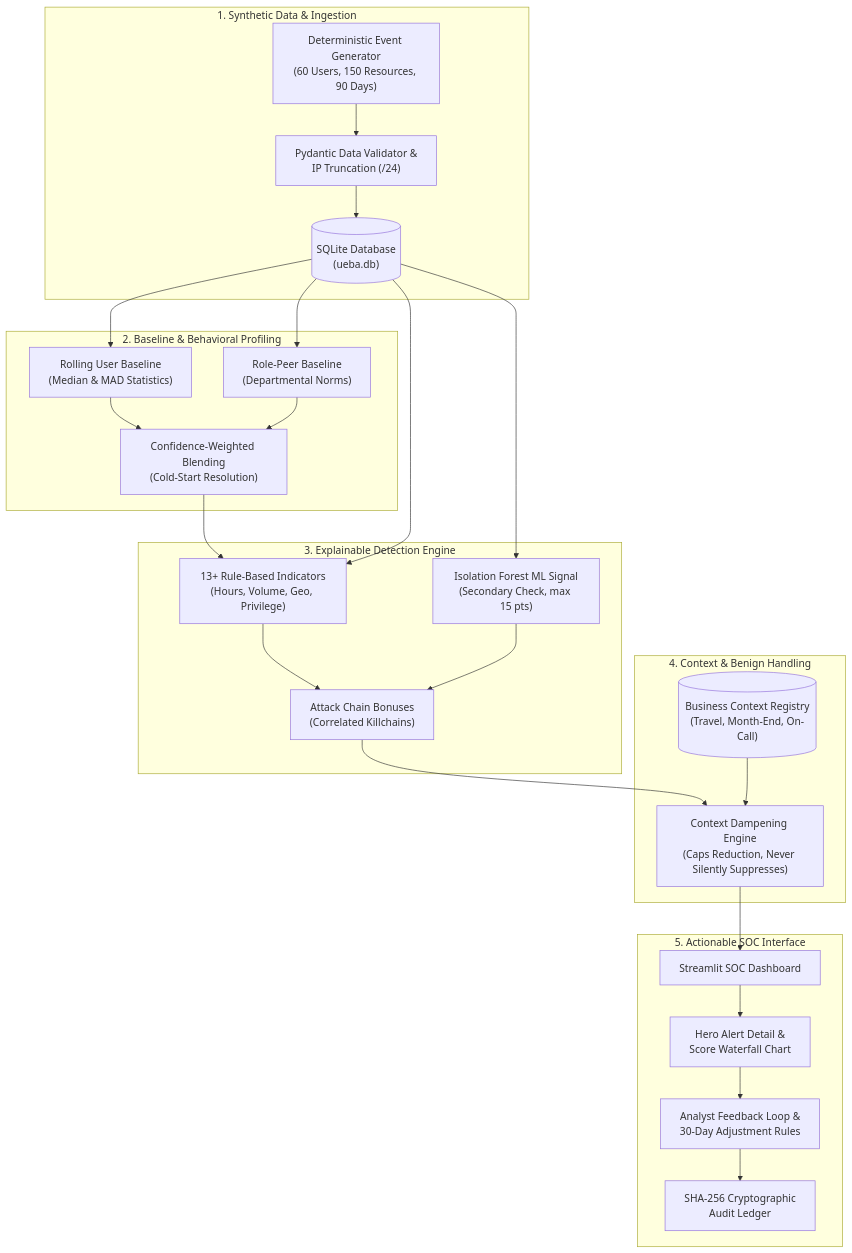
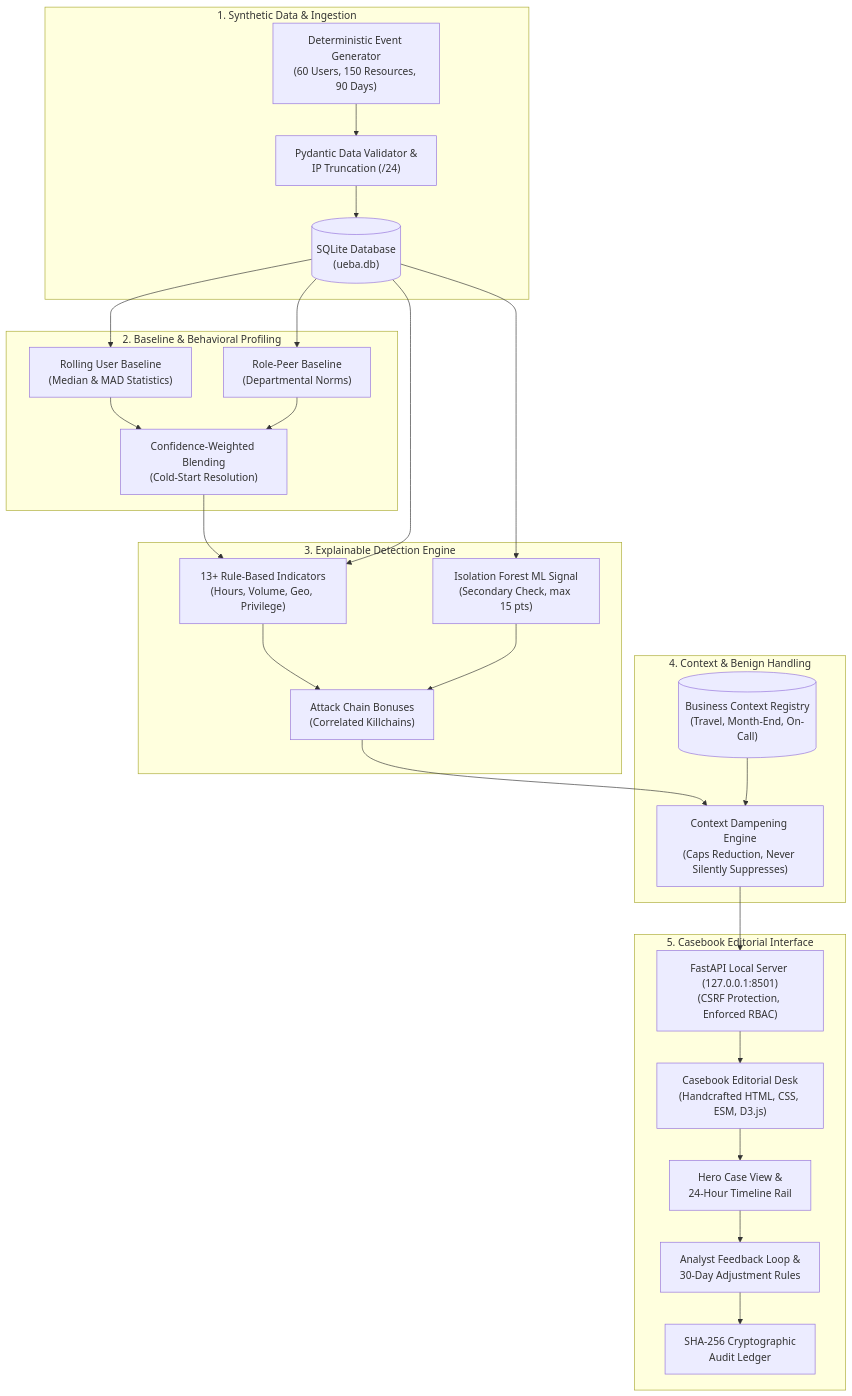
Before and after one commit to isagiyoichi11bluelock/ueba-platform: the diagram in README.md, drawn with Mermaid. The commit also changed other lines of this file and 113 other files, not shown here.

Commit message:
feat(gui): introduce Casebook editorial desk GUI, visual QA suite, and legacy app fallback

````diff
--- a/README.md
+++ b/README.md
@@ -34,44 +36,46 @@
 ```mermaid
 flowchart TD
     subgraph Ingestion["1. Synthetic Data & Ingestion"]
         GEN["Deterministic Event Generator\n(60 Users, 150 Resources, 90 Days)"]
         VAL["Pydantic Data Validator &\nIP Truncation (/24)"]
         DB[("SQLite Database\n(ueba.db)")]
         GEN --> VAL --> DB
     end
 
     subgraph Baselines["2. Baseline & Behavioral Profiling"]
         USER_BL["Rolling User Baseline\n(Median & MAD Statistics)"]
         PEER_BL["Role-Peer Baseline\n(Departmental Norms)"]
         BLEND["Confidence-Weighted Blending\n(Cold-Start Resolution)"]
         DB --> USER_BL & PEER_BL
         USER_BL & PEER_BL --> BLEND
     end
 
     subgraph Analytics["3. Explainable Detection Engine"]
         IND["13+ Rule-Based Indicators\n(Hours, Volume, Geo, Privilege)"]
         ML["Isolation Forest ML Signal\n(Secondary Check, max 15 pts)"]
         CHAIN["Attack Chain Bonuses\n(Correlated Killchains)"]
         BLEND --> IND
         DB --> IND & ML
         IND & ML --> CHAIN
     end
 
     subgraph Dampening["4. Context & Benign Handling"]
         CTX[("Business Context Registry\n(Travel, Month-End, On-Call)")]
         DAMP["Context Dampening Engine\n(Caps Reduction, Never Silently Suppresses)"]
         CHAIN --> DAMP
         CTX --> DAMP
     end
 
-    subgraph Presentation["5. Actionable SOC Interface"]
-        APP["Streamlit SOC Dashboard"]
-        DETAIL["Hero Alert Detail &\nScore Waterfall Chart"]
+    subgraph Presentation["5. Casebook Editorial Interface"]
+        API["FastAPI Local Server (127.0.0.1:8501)\n(CSRF Protection, Enforced RBAC)"]
+        GUI["Casebook Editorial Desk\n(Handcrafted HTML, CSS, ESM, D3.js)"]
+        DETAIL["Hero Case View &\n24-Hour Timeline Rail"]
         FEEDBACK["Analyst Feedback Loop &\n30-Day Adjustment Rules"]
         AUDIT["SHA-256 Cryptographic\nAudit Ledger"]
-        DAMP --> APP
-        APP --> DETAIL
+        DAMP --> API
+        API --> GUI
+        GUI --> DETAIL
         DETAIL --> FEEDBACK
         FEEDBACK --> AUDIT
     end
 ```
````
